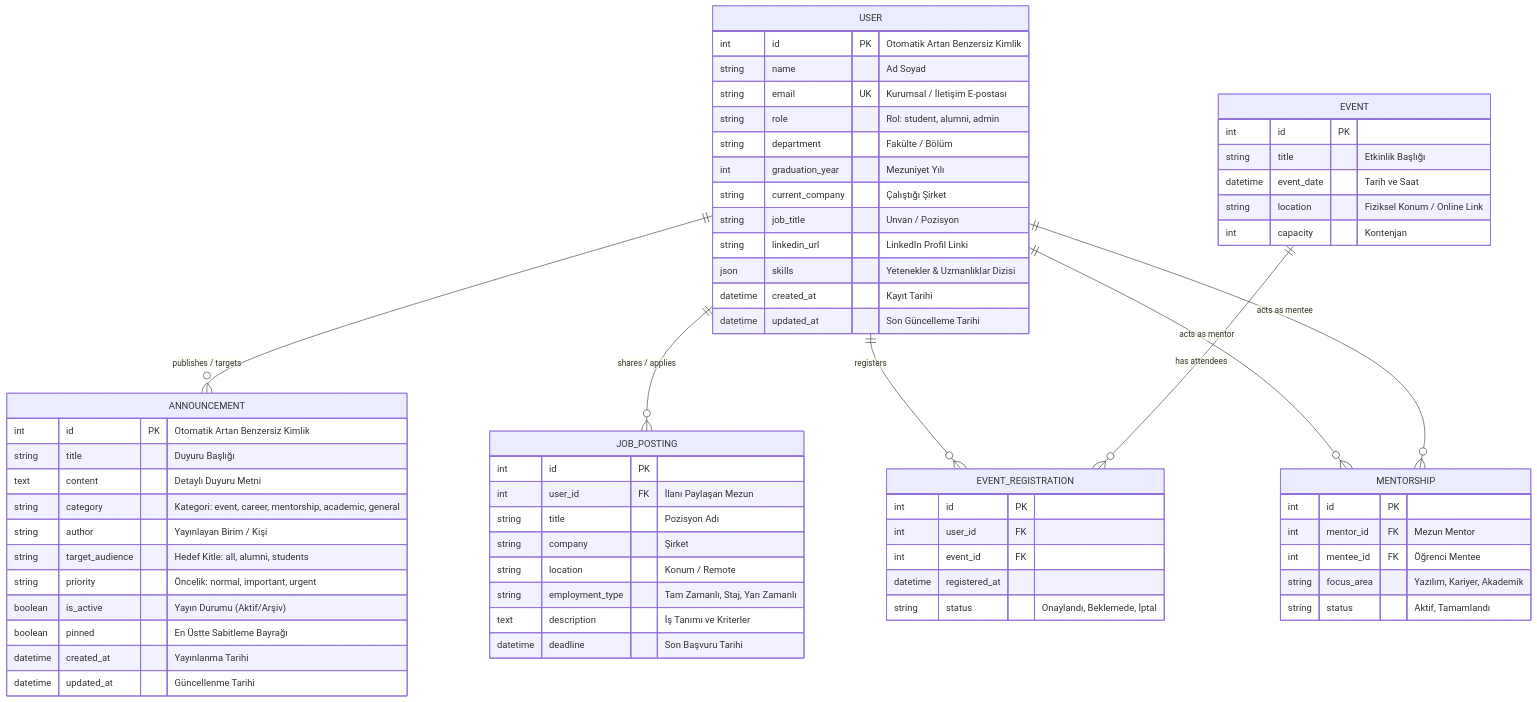
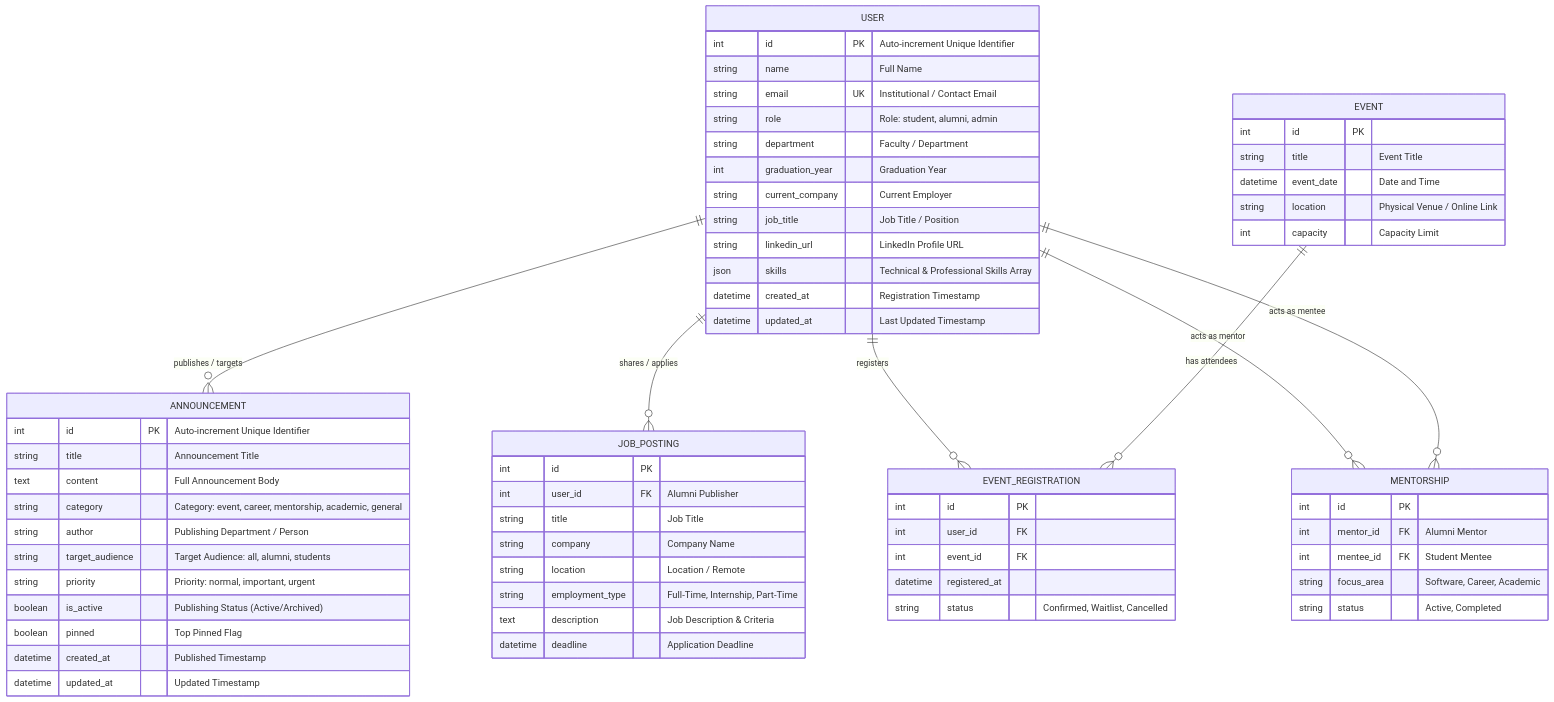
Before and after one commit to DilaraMUMCU/alumni: the diagram in ddd.md, drawn with Mermaid. The commit also changed other lines of this file and 1 other file, not shown here.

````diff
--- a/ddd.md
+++ b/ddd.md
@@ -60,73 +60,73 @@
 ```mermaid
 erDiagram
     USER ||--o{ ANNOUNCEMENT : "publishes / targets"
     USER ||--o{ JOB_POSTING : "shares / applies"
     USER ||--o{ EVENT_REGISTRATION : "registers"
     EVENT ||--o{ EVENT_REGISTRATION : "has attendees"
     USER ||--o{ MENTORSHIP : "acts as mentor"
     USER ||--o{ MENTORSHIP : "acts as mentee"
 
     USER {
-        int id PK "Otomatik Artan Benzersiz Kimlik"
-        string name "Ad Soyad"
-        string email UK "Kurumsal / İletişim E-postası"
-        string role "Rol: student, alumni, admin"
-        string department "Fakülte / Bölüm"
-        int graduation_year "Mezuniyet Yılı"
-        string current_company "Çalıştığı Şirket"
-        string job_title "Unvan / Pozisyon"
-        string linkedin_url "LinkedIn Profil Linki"
-        json skills "Yetenekler & Uzmanlıklar Dizisi"
-        datetime created_at "Kayıt Tarihi"
-        datetime updated_at "Son Güncelleme Tarihi"
+        int id PK "Auto-increment Unique Identifier"
+        string name "Full Name"
+        string email UK "Institutional / Contact Email"
+        string role "Role: student, alumni, admin"
+        string department "Faculty / Department"
+        int graduation_year "Graduation Year"
+        string current_company "Current Employer"
+        string job_title "Job Title / Position"
+        string linkedin_url "LinkedIn Profile URL"
+        json skills "Technical & Professional Skills Array"
+        datetime created_at "Registration Timestamp"
+        datetime updated_at "Last Updated Timestamp"
     }
 
     ANNOUNCEMENT {
-        int id PK "Otomatik Artan Benzersiz Kimlik"
-        string title "Duyuru Başlığı"
-        text content "Detaylı Duyuru Metni"
-        string category "Kategori: event, career, mentorship, academic, general"
-        string author "Yayınlayan Birim / Kişi"
-        string target_audience "Hedef Kitle: all, alumni, students"
-        string priority "Öncelik: normal, important, urgent"
-        boolean is_active "Yayın Durumu (Aktif/Arşiv)"
-        boolean pinned "En Üstte Sabitleme Bayrağı"
-        datetime created_at "Yayınlanma Tarihi"
-        datetime updated_at "Güncellenme Tarihi"
+        int id PK "Auto-increment Unique Identifier"
+        string title "Announcement Title"
+        text content "Full Announcement Body"
+        string category "Category: event, career, mentorship, academic, general"
+        string author "Publishing Department / Person"
+        string target_audience "Target Audience: all, alumni, students"
+        string priority "Priority: normal, important, urgent"
+        boolean is_active "Publishing Status (Active/Archived)"
+        boolean pinned "Top Pinned Flag"
+        datetime created_at "Published Timestamp"
+        datetime updated_at "Updated Timestamp"
     }
 
     JOB_POSTING {
         int id PK
-        int user_id FK "İlanı Paylaşan Mezun"
-        string title "Pozisyon Adı"
-        string company "Şirket"
-        string location "Konum / Remote"
-        string employment_type "Tam Zamanlı, Staj, Yarı Zamanlı"
-        text description "İş Tanımı ve Kriterler"
-        datetime deadline "Son Başvuru Tarihi"
+        int user_id FK "Alumni Publisher"
+        string title "Job Title"
+        string company "Company Name"
+        string location "Location / Remote"
+        string employment_type "Full-Time, Internship, Part-Time"
+        text description "Job Description & Criteria"
+        datetime deadline "Application Deadline"
     }
 
     EVENT {
         int id PK
-        string title "Etkinlik Başlığı"
-        datetime event_date "Tarih ve Saat"
-        string location "Fiziksel Konum / Online Link"
-        int capacity "Kontenjan"
+        string title "Event Title"
+        datetime event_date "Date and Time"
+        string location "Physical Venue / Online Link"
+        int capacity "Capacity Limit"
     }
 
     EVENT_REGISTRATION {
         int id PK
         int user_id FK
         int event_id FK
         datetime registered_at
-        string status "Onaylandı, Beklemede, İptal"
+        string status "Confirmed, Waitlist, Cancelled"
     }
 
     MENTORSHIP {
         int id PK
-        int mentor_id FK "Mezun Mentor"
-        int mentee_id FK "Öğrenci Mentee"
-        string focus_area "Yazılım, Kariyer, Akademik"
-        string status "Aktif, Tamamlandı"
+        int mentor_id FK "Alumni Mentor"
+        int mentee_id FK "Student Mentee"
+        string focus_area "Software, Career, Academic"
+        string status "Active, Completed"
     }
 ```
````
